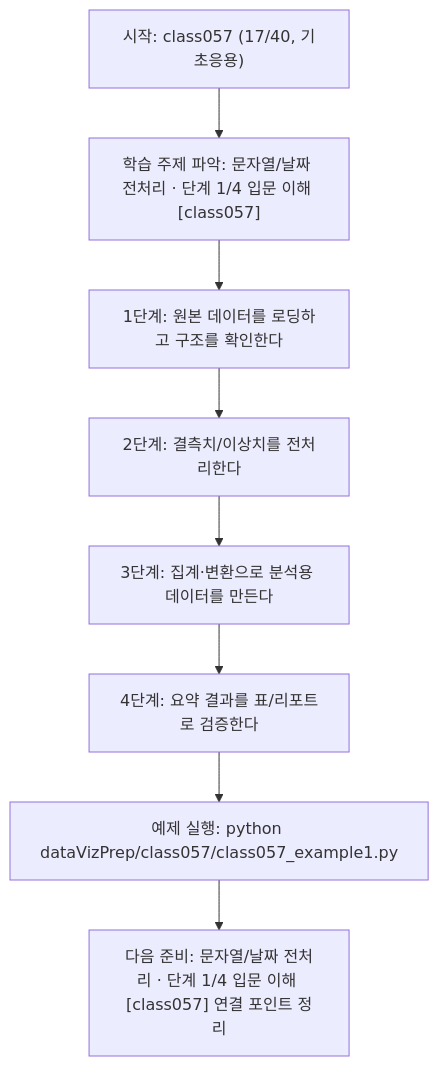
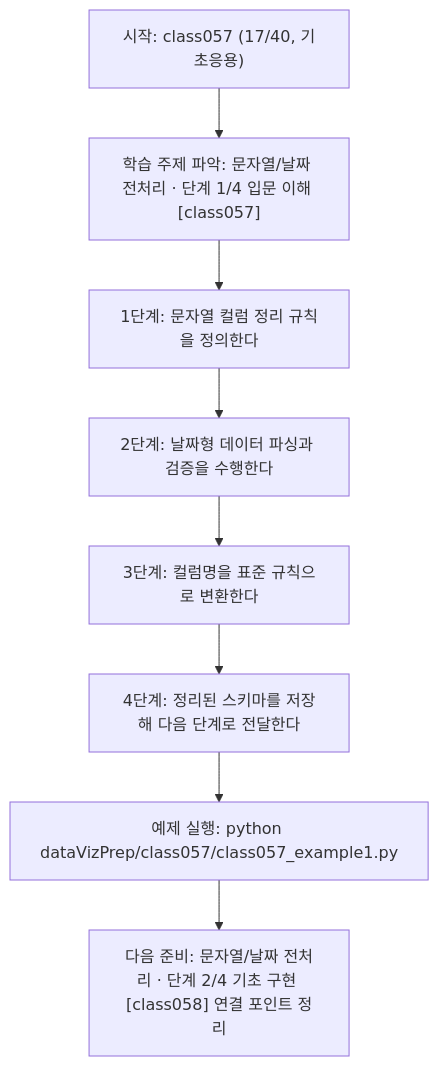
Before and after one commit to edumgt/Python-AI_Agent-Class: the diagram in dataVizPrep/class057/class057.md, drawn with Mermaid. The commit also changed other lines of this file and 283 other files, not shown here.

````diff
--- a/dataVizPrep/class057/class057.md
+++ b/dataVizPrep/class057/class057.md
@@ -111,18 +92,18 @@
 ```mermaid
 flowchart TD
 N1["시작: class057 (17/40, 기초응용)"]
 N2["학습 주제 파악: 문자열/날짜 전처리 · 단계 1/4 입문 이해 [class057]"]
-N3["1단계: 원본 데이터를 로딩하고 구조를 확인한다"]
-N4["2단계: 결측치/이상치를 전처리한다"]
-N5["3단계: 집계·변환으로 분석용 데이터를 만든다"]
-N6["4단계: 요약 결과를 표/리포트로 검증한다"]
+N3["1단계: 문자열 컬럼 정리 규칙을 정의한다"]
+N4["2단계: 날짜형 데이터 파싱과 검증을 수행한다"]
+N5["3단계: 컬럼명을 표준 규칙으로 변환한다"]
+N6["4단계: 정리된 스키마를 저장해 다음 단계로 전달한다"]
 N7["예제 실행: python dataVizPrep/class057/class057_example1.py"]
-N8["다음 준비: 문자열/날짜 전처리 · 단계 1/4 입문 이해 [class057] 연결 포인트 정리"]
+N8["다음 준비: 문자열/날짜 전처리 · 단계 2/4 기초 구현 [class058] 연결 포인트 정리"]
 N1 --> N2
 N2 --> N3
 N3 --> N4
 N4 --> N5
 N5 --> N6
 N6 --> N7
 N7 --> N8
 ```
````
